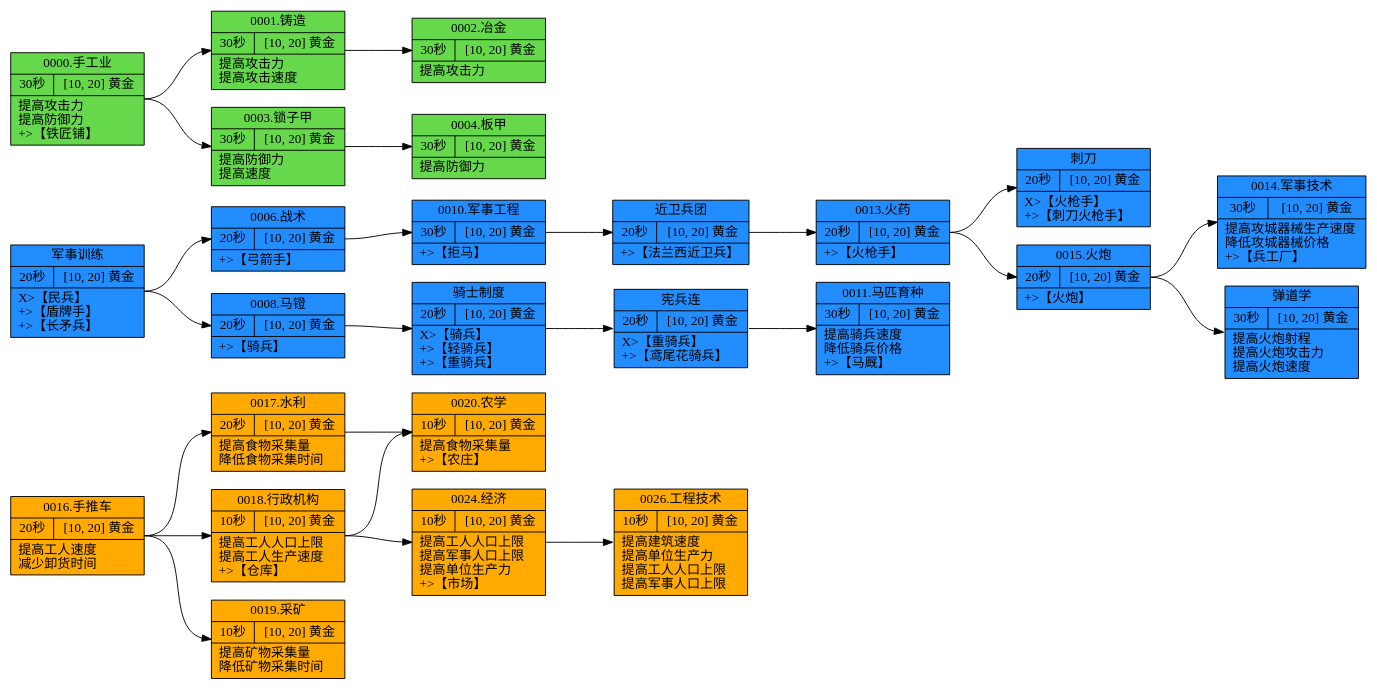
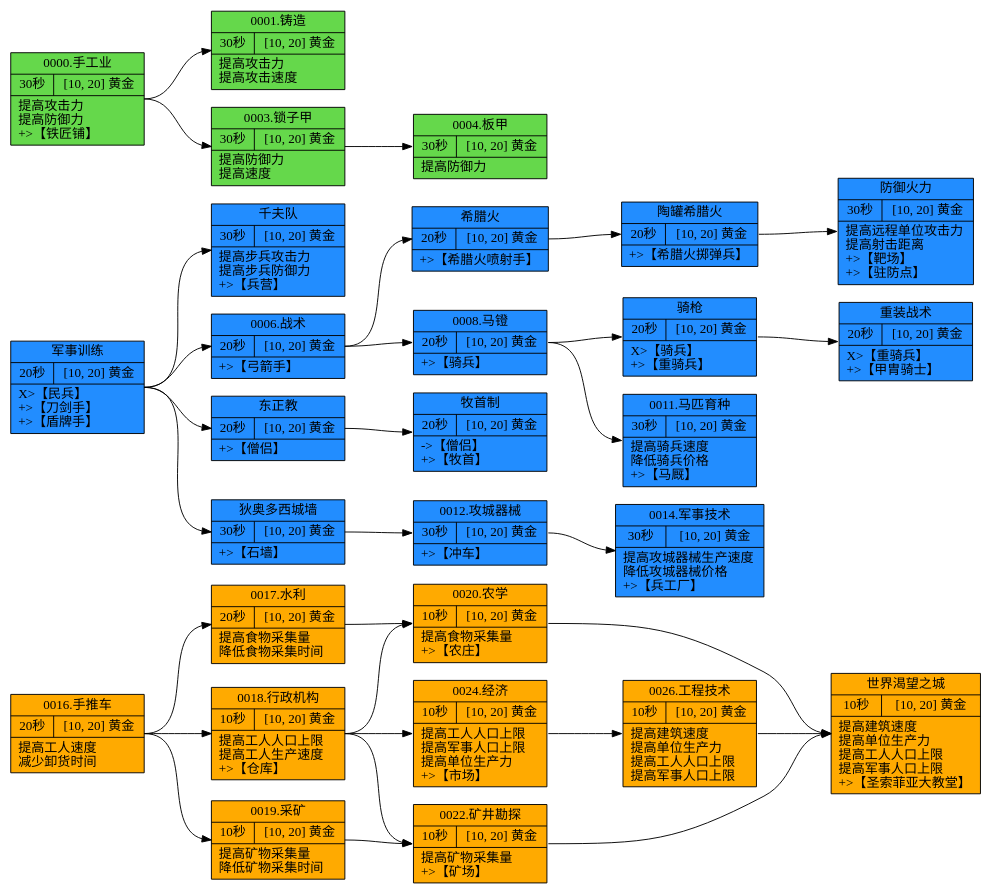
The diagram in PythonTools/TechTreeGraph/Byzantine.gv (HkingAuditore/ToyEmpiresDocuments), drawn with Graphviz before and after one commit. The commit also changed 3 other files, not shown here.

```diff
--- a/PythonTools/TechTreeGraph/Byzantine.gv
+++ b/PythonTools/TechTreeGraph/Byzantine.gv
@@ -1,51 +1,60 @@
 digraph G {
 	rankdir=LR ranksep=1
 	"0016.手推车" [label="0016.手推车|{<f0>20秒| <f1>[10, 20] 黄金 }|提高工人速度\l减少卸货时间\l" fillcolor="#ffaa00" fontname=SimSun shape=record style=filled]
 	"0017.水利" [label="0017.水利|{<f0>20秒| <f1>[10, 20] 黄金 }|提高食物采集量\l降低食物采集时间\l" fillcolor="#ffaa00" fontname=SimSun shape=record style=filled]
 	"0016.手推车":e -> "0017.水利":w [len=2.00]
 	"0018.行政机构" [label="0018.行政机构|{<f0>10秒| <f1>[10, 20] 黄金 }|提高工人人口上限\l提高工人生产速度\l\+\>【仓库】\l" fillcolor="#ffaa00" fontname=SimSun shape=record style=filled]
 	"0016.手推车":e -> "0018.行政机构":w [len=2.00]
 	"0019.采矿" [label="0019.采矿|{<f0>10秒| <f1>[10, 20] 黄金 }|提高矿物采集量\l降低矿物采集时间\l" fillcolor="#ffaa00" fontname=SimSun shape=record style=filled]
 	"0016.手推车":e -> "0019.采矿":w [len=2.00]
 	"0020.农学" [label="0020.农学|{<f0>10秒| <f1>[10, 20] 黄金 }|提高食物采集量\l\+\>【农庄】\l" fillcolor="#ffaa00" fontname=SimSun shape=record style=filled]
 	"0017.水利":e -> "0020.农学":w [len=2.00]
 	"0018.行政机构":e -> "0020.农学":w [len=2.00]
+	"0022.矿井勘探" [label="0022.矿井勘探|{<f0>10秒| <f1>[10, 20] 黄金 }|提高矿物采集量\l\+\>【矿场】\l" fillcolor="#ffaa00" fontname=SimSun shape=record style=filled]
+	"0019.采矿":e -> "0022.矿井勘探":w [len=2.00]
+	"0018.行政机构":e -> "0022.矿井勘探":w [len=2.00]
 	"0024.经济" [label="0024.经济|{<f0>10秒| <f1>[10, 20] 黄金 }|提高工人人口上限\l提高军事人口上限\l提高单位生产力\l\+\>【市场】\l" fillcolor="#ffaa00" fontname=SimSun shape=record style=filled]
 	"0018.行政机构":e -> "0024.经济":w [len=2.00]
 	"0026.工程技术" [label="0026.工程技术|{<f0>10秒| <f1>[10, 20] 黄金 }|提高建筑速度\l提高单位生产力\l提高工人人口上限\l提高军事人口上限\l" fillcolor="#ffaa00" fontname=SimSun shape=record style=filled]
 	"0024.经济":e -> "0026.工程技术":w [len=2.00]
-	"军事训练" [label="军事训练|{<f0>20秒| <f1>[10, 20] 黄金 }|\X\>【民兵】\l\+\>【盾牌手】\l\+\>【长矛兵】\l" fillcolor="#228dff" fontname=SimSun shape=record style=filled]
+	"世界渴望之城" [label="世界渴望之城|{<f0>10秒| <f1>[10, 20] 黄金 }|提高建筑速度\l提高单位生产力\l提高工人人口上限\l提高军事人口上限\l\+\>【圣索菲亚大教堂】\l" fillcolor="#ffaa00" fontname=SimSun shape=record style=filled]
+	"0026.工程技术":e -> "世界渴望之城":w [len=2.00]
+	"0020.农学":e -> "世界渴望之城":w [len=2.00]
+	"0022.矿井勘探":e -> "世界渴望之城":w [len=2.00]
+	"军事训练" [label="军事训练|{<f0>20秒| <f1>[10, 20] 黄金 }|\X\>【民兵】\l\+\>【刀剑手】\l\+\>【盾牌手】\l" fillcolor="#228dff" fontname=SimSun shape=record style=filled]
+	"千夫队" [label="千夫队|{<f0>30秒| <f1>[10, 20] 黄金 }|提高步兵攻击力\l提高步兵防御力\l\+\>【兵营】\l" fillcolor="#228dff" fontname=SimSun shape=record style=filled]
+	"军事训练":e -> "千夫队":w [len=2.00]
 	"0006.战术" [label="0006.战术|{<f0>20秒| <f1>[10, 20] 黄金 }|\+\>【弓箭手】\l" fillcolor="#228dff" fontname=SimSun shape=record style=filled]
 	"军事训练":e -> "0006.战术":w [len=2.00]
+	"希腊火" [label="希腊火|{<f0>20秒| <f1>[10, 20] 黄金 }|\+\>【希腊火喷射手】\l" fillcolor="#228dff" fontname=SimSun shape=record style=filled]
+	"0006.战术":e -> "希腊火":w [len=2.00]
+	"陶罐希腊火" [label="陶罐希腊火|{<f0>20秒| <f1>[10, 20] 黄金 }|\+\>【希腊火掷弹兵】\l" fillcolor="#228dff" fontname=SimSun shape=record style=filled]
+	"希腊火":e -> "陶罐希腊火":w [len=2.00]
+	"防御火力" [label="防御火力|{<f0>30秒| <f1>[10, 20] 黄金 }|提高远程单位攻击力\l提高射击距离\l\+\>【靶场】\l\+\>【驻防点】\l" fillcolor="#228dff" fontname=SimSun shape=record style=filled]
+	"陶罐希腊火":e -> "防御火力":w [len=2.00]
+	"东正教" [label="东正教|{<f0>20秒| <f1>[10, 20] 黄金 }|\+\>【僧侣】\l" fillcolor="#228dff" fontname=SimSun shape=record style=filled]
+	"军事训练":e -> "东正教":w [len=2.00]
+	"牧首制" [label="牧首制|{<f0>20秒| <f1>[10, 20] 黄金 }|-\>【僧侣】\l\+\>【牧首】\l" fillcolor="#228dff" fontname=SimSun shape=record style=filled]
+	"东正教":e -> "牧首制":w [len=2.00]
 	"0008.马镫" [label="0008.马镫|{<f0>20秒| <f1>[10, 20] 黄金 }|\+\>【骑兵】\l" fillcolor="#228dff" fontname=SimSun shape=record style=filled]
-	"军事训练":e -> "0008.马镫":w [len=2.00]
-	"骑士制度" [label="骑士制度|{<f0>20秒| <f1>[10, 20] 黄金 }|\X\>【骑兵】\l\+\>【轻骑兵】\l\+\>【重骑兵】\l" fillcolor="#228dff" fontname=SimSun shape=record style=filled]
-	"0008.马镫":e -> "骑士制度":w [len=2.00]
-	"宪兵连" [label="宪兵连|{<f0>20秒| <f1>[10, 20] 黄金 }|\X\>【重骑兵】\l\+\>【鸢尾花骑兵】\l" fillcolor="#228dff" fontname=SimSun shape=record style=filled]
-	"骑士制度":e -> "宪兵连":w [len=2.00]
-	"0010.军事工程" [label="0010.军事工程|{<f0>30秒| <f1>[10, 20] 黄金 }|\+\>【拒马】\l" fillcolor="#228dff" fontname=SimSun shape=record style=filled]
-	"0006.战术":e -> "0010.军事工程":w [len=2.00]
-	"近卫兵团" [label="近卫兵团|{<f0>20秒| <f1>[10, 20] 黄金 }|\+\>【法兰西近卫兵】\l" fillcolor="#228dff" fontname=SimSun shape=record style=filled]
-	"0010.军事工程":e -> "近卫兵团":w [len=2.00]
-	"0013.火药" [label="0013.火药|{<f0>20秒| <f1>[10, 20] 黄金 }|\+\>【火枪手】\l" fillcolor="#228dff" fontname=SimSun shape=record style=filled]
-	"近卫兵团":e -> "0013.火药":w [len=2.00]
-	"刺刀" [label="刺刀|{<f0>20秒| <f1>[10, 20] 黄金 }|\X\>【火枪手】\l\+\>【刺刀火枪手】\l" fillcolor="#228dff" fontname=SimSun shape=record style=filled]
-	"0013.火药":e -> "刺刀":w [len=2.00]
-	"0015.火炮" [label="0015.火炮|{<f0>20秒| <f1>[10, 20] 黄金 }|\+\>【火炮】\l" fillcolor="#228dff" fontname=SimSun shape=record style=filled]
-	"0013.火药":e -> "0015.火炮":w [len=2.00]
+	"0006.战术":e -> "0008.马镫":w [len=2.00]
+	"骑枪" [label="骑枪|{<f0>20秒| <f1>[10, 20] 黄金 }|\X\>【骑兵】\l\+\>【重骑兵】\l" fillcolor="#228dff" fontname=SimSun shape=record style=filled]
+	"0008.马镫":e -> "骑枪":w [len=2.00]
+	"重装战术" [label="重装战术|{<f0>20秒| <f1>[10, 20] 黄金 }|\X\>【重骑兵】\l\+\>【甲胄骑士】\l" fillcolor="#228dff" fontname=SimSun shape=record style=filled]
+	"骑枪":e -> "重装战术":w [len=2.00]
+	"狄奥多西城墙" [label="狄奥多西城墙|{<f0>30秒| <f1>[10, 20] 黄金 }|\+\>【石墙】\l" fillcolor="#228dff" fontname=SimSun shape=record style=filled]
+	"军事训练":e -> "狄奥多西城墙":w [len=2.00]
+	"0012.攻城器械" [label="0012.攻城器械|{<f0>30秒| <f1>[10, 20] 黄金 }|\+\>【冲车】\l" fillcolor="#228dff" fontname=SimSun shape=record style=filled]
+	"狄奥多西城墙":e -> "0012.攻城器械":w [len=2.00]
 	"0011.马匹育种" [label="0011.马匹育种|{<f0>30秒| <f1>[10, 20] 黄金 }|提高骑兵速度\l降低骑兵价格\l\+\>【马厩】\l" fillcolor="#228dff" fontname=SimSun shape=record style=filled]
-	"宪兵连":e -> "0011.马匹育种":w [len=2.00]
+	"0008.马镫":e -> "0011.马匹育种":w [len=2.00]
 	"0014.军事技术" [label="0014.军事技术|{<f0>30秒| <f1>[10, 20] 黄金 }|提高攻城器械生产速度\l降低攻城器械价格\l\+\>【兵工厂】\l" fillcolor="#228dff" fontname=SimSun shape=record style=filled]
-	"0015.火炮":e -> "0014.军事技术":w [len=2.00]
-	"弹道学" [label="弹道学|{<f0>30秒| <f1>[10, 20] 黄金 }|提高火炮射程\l提高火炮攻击力\l提高火炮速度\l" fillcolor="#228dff" fontname=SimSun shape=record style=filled]
-	"0015.火炮":e -> "弹道学":w [len=2.00]
+	"0012.攻城器械":e -> "0014.军事技术":w [len=2.00]
 	"0000.手工业" [label="0000.手工业|{<f0>30秒| <f1>[10, 20] 黄金 }|提高攻击力\l提高防御力\l\+\>【铁匠铺】\l" fillcolor="#65d84b" fontname=SimSun shape=record style=filled]
 	"0001.铸造" [label="0001.铸造|{<f0>30秒| <f1>[10, 20] 黄金 }|提高攻击力\l提高攻击速度\l" fillcolor="#65d84b" fontname=SimSun shape=record style=filled]
 	"0000.手工业":e -> "0001.铸造":w [len=2.00]
-	"0002.冶金" [label="0002.冶金|{<f0>30秒| <f1>[10, 20] 黄金 }|提高攻击力\l" fillcolor="#65d84b" fontname=SimSun shape=record style=filled]
-	"0001.铸造":e -> "0002.冶金":w [len=2.00]
 	"0003.锁子甲" [label="0003.锁子甲|{<f0>30秒| <f1>[10, 20] 黄金 }|提高防御力\l提高速度\l" fillcolor="#65d84b" fontname=SimSun shape=record style=filled]
 	"0000.手工业":e -> "0003.锁子甲":w [len=2.00]
 	"0004.板甲" [label="0004.板甲|{<f0>30秒| <f1>[10, 20] 黄金 }|提高防御力\l" fillcolor="#65d84b" fontname=SimSun shape=record style=filled]
 	"0003.锁子甲":e -> "0004.板甲":w [len=2.00]
 }
```
